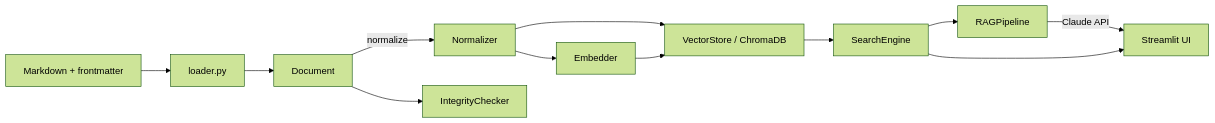
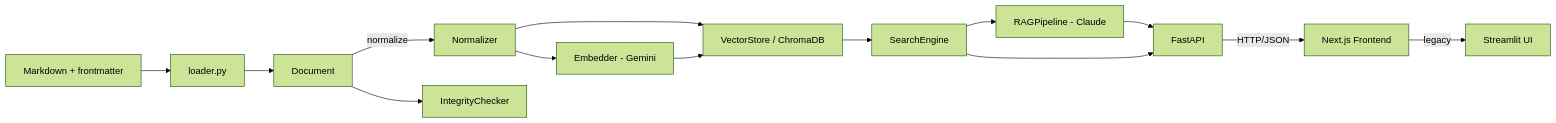
Before and after one commit to kazikimaguro13/axis-knowledge-rag: the diagram in docs/architecture.md, drawn with Mermaid (forest theme). The commit also changed other lines of this file, not shown here.

First line of the commit message:
docs: update architecture.md for Next.js + FastAPI

````diff
--- a/docs/architecture.md
+++ b/docs/architecture.md
@@ -81,14 +53,16 @@
 ```mermaid
 flowchart LR
     MD[Markdown + frontmatter] --> L[loader.py]
     L --> D[Document]
     D -->|normalize| N[Normalizer]
-    N --> E[Embedder]
+    N --> E[Embedder - Gemini]
     N --> VS[VectorStore / ChromaDB]
     E --> VS
     D --> IC[IntegrityChecker]
     VS --> SE[SearchEngine]
-    SE --> RAG[RAGPipeline]
-    RAG -->|Claude API| UI[Streamlit UI]
-    SE --> UI
+    SE --> RAG[RAGPipeline - Claude]
+    RAG --> API[FastAPI]
+    SE --> API
+    API -->|HTTP/JSON| FE[Next.js Frontend]
+    FE -->|legacy| ST[Streamlit UI]
 ```
````
